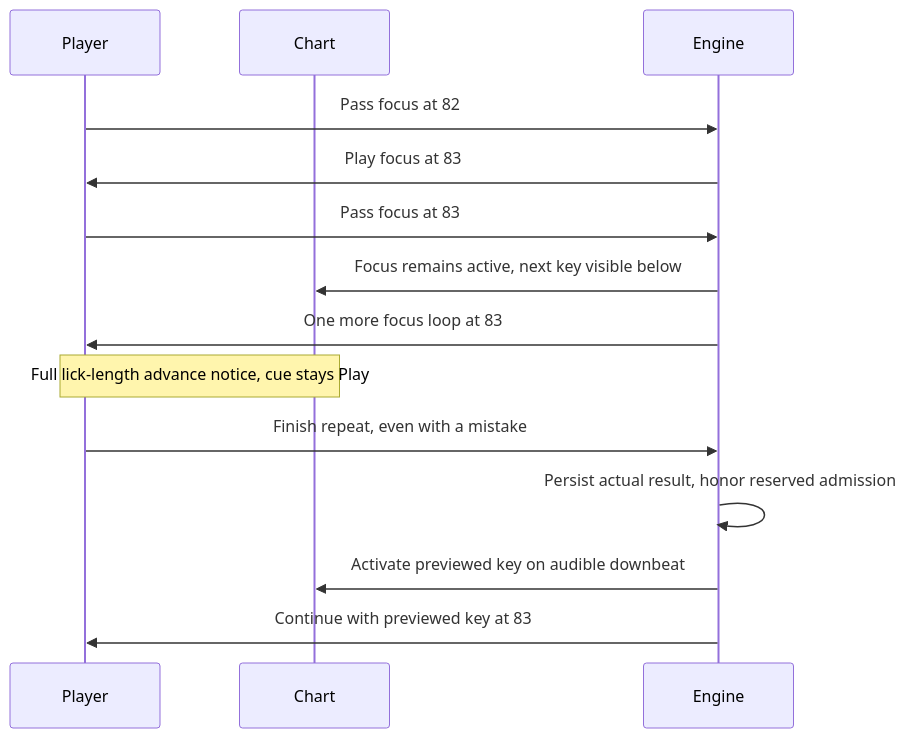
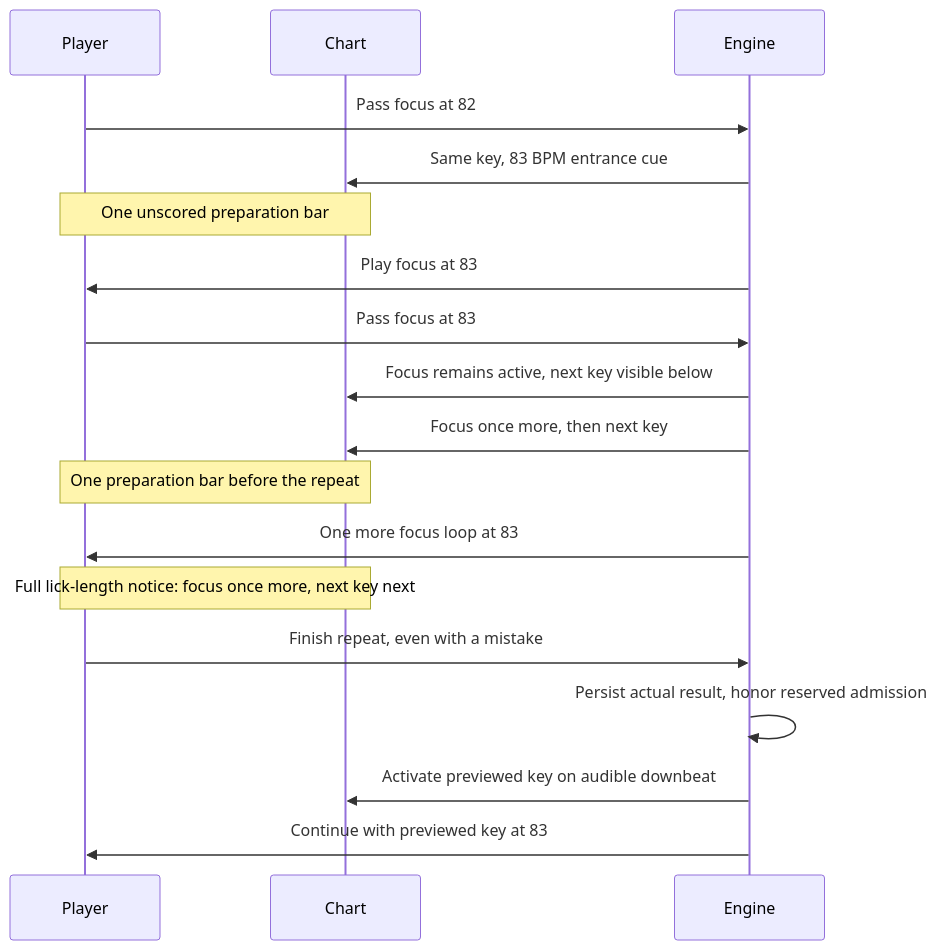
One commit to avitus/mankunku changed the sixth of 9 diagrams in documentation/architecture/lick-practice-state-machines.md. Above: the diagram before and after it, drawn with Mermaid. The commit also changed other lines of this file and 8 other files, not shown here.

````diff
--- a/documentation/architecture/lick-practice-state-machines.md
+++ b/documentation/architecture/lick-practice-state-machines.md
@@ -207,16 +226,20 @@
 ```mermaid
 sequenceDiagram
     participant P as Player
     participant U as Chart
     participant E as Engine
     P->>E: Pass focus at 82
+    E->>U: Same key, 83 BPM entrance cue
+    Note over P,U: One unscored preparation bar
     E->>P: Play focus at 83
     P->>E: Pass focus at 83
     E->>U: Focus remains active, next key visible below
+    E->>U: Focus once more, then next key
+    Note over P,U: One preparation bar before the repeat
     E->>P: One more focus loop at 83
-    Note over P,U: Full lick-length advance notice, cue stays Play
+    Note over P,U: Full lick-length notice: focus once more, next key next
     P->>E: Finish repeat, even with a mistake
     E->>E: Persist actual result, honor reserved admission
     E->>U: Activate previewed key on audible downbeat
     E->>P: Continue with previewed key at 83
 ```
````
